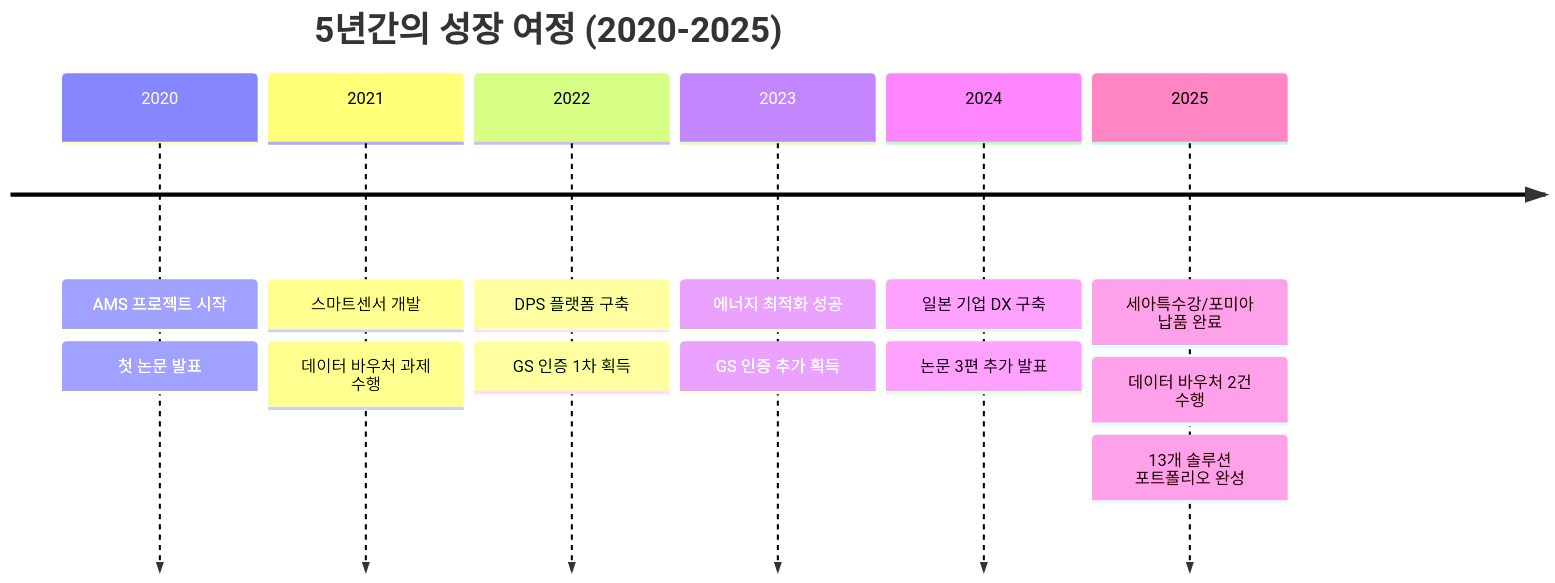
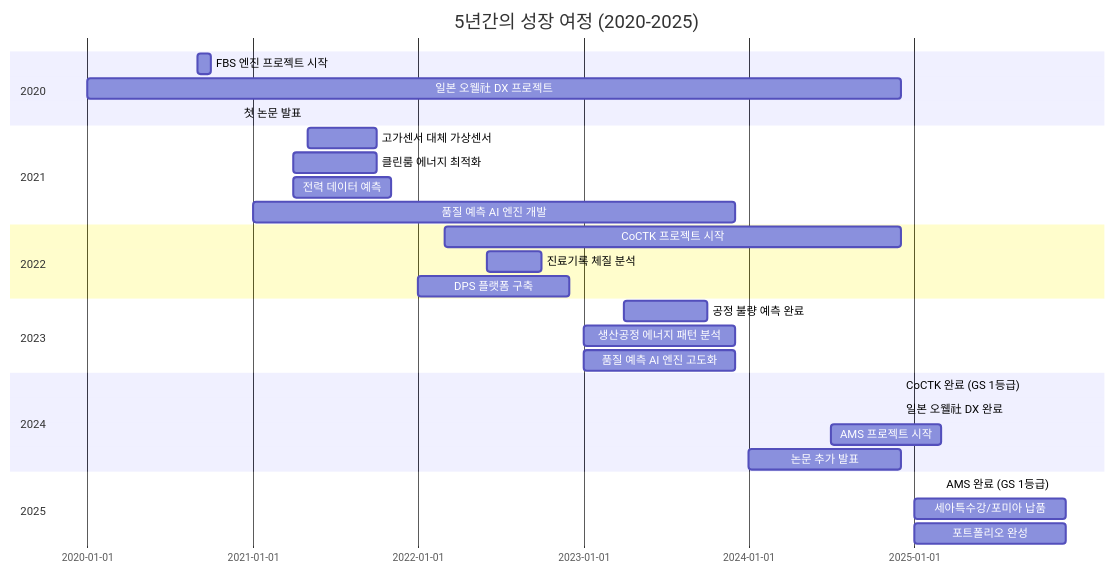
Before and after one commit to moobaek/Testing_AI_agents_for_public_use: the third of 4 diagrams in portfolio/portfolio_docs/Executive_Summary/00_Overview_For_Non_Technical.md, drawn with Mermaid. The commit also changed other lines of this file and 16 other files, not shown here.

First line of the commit message:
포트폴리오 문서 업데이트: GS 인증 정보 수정, Mermaid 다이어그램 옵시디언 호환성 개선, 개인 프로필 추가

````diff
--- a/portfolio/portfolio_docs/Executive_Summary/00_Overview_For_Non_Technical.md
+++ b/portfolio/portfolio_docs/Executive_Summary/00_Overview_For_Non_Technical.md
@@ -91,17 +101,31 @@
 ```mermaid
-timeline
+gantt
     title 5년간의 성장 여정 (2020-2025)
-    2020 : AMS 프로젝트 시작
-         : 첫 논문 발표
-    2021 : 스마트센서 개발
-         : 데이터 바우처 과제 수행
-    2022 : DPS 플랫폼 구축
-         : GS 인증 1차 획득
-    2023 : 에너지 최적화 성공
-         : GS 인증 추가 획득
-    2024 : 일본 기업 DX 구축
-         : 논문 3편 추가 발표
-    2025 : 세아특수강/포미아 납품 완료
-         : 데이터 바우처 2건 수행
-         : 13개 솔루션 포트폴리오 완성
+    dateFormat YYYY-MM
+    section 2020
+    FBS 엔진 프로젝트 시작 :2020-09, 2020-10
+    일본 오웰社 DX 프로젝트 :2020-01, 2024-12
+    첫 논문 발표 :2020-12, 2020-12
+    section 2021
+    고가센서 대체 가상센서 :2021-05, 2021-10
+    클린룸 에너지 최적화 :2021-04, 2021-10
+    전력 데이터 예측 :2021-04, 2021-11
+    품질 예측 AI 엔진 개발 :2021-01, 2023-12
+    section 2022
+    CoCTK 프로젝트 시작 :2022-03, 2024-12
+    진료기록 체질 분석 :2022-06, 2022-10
+    DPS 플랫폼 구축 :2022-01, 2022-12
+    section 2023
+    공정 불량 예측 완료 :2023-04, 2023-10
+    생산공정 에너지 패턴 분석 :2023-01, 2023-12
+    품질 예측 AI 엔진 고도화 :2023-01, 2023-12
+    section 2024
+    CoCTK 완료 (GS 1등급) :2024-12, 2024-12
+    일본 오웰社 DX 완료 :2024-12, 2024-12
+    AMS 프로젝트 시작 :2024-07, 2025-03
+    논문 추가 발표 :2024-01, 2024-12
+    section 2025
+    AMS 완료 (GS 1등급) :2025-03, 2025-03
+    세아특수강/포미아 납품 :2025-01, 2025-12
+    포트폴리오 완성 :2025-01, 2025-12
 ```
````
